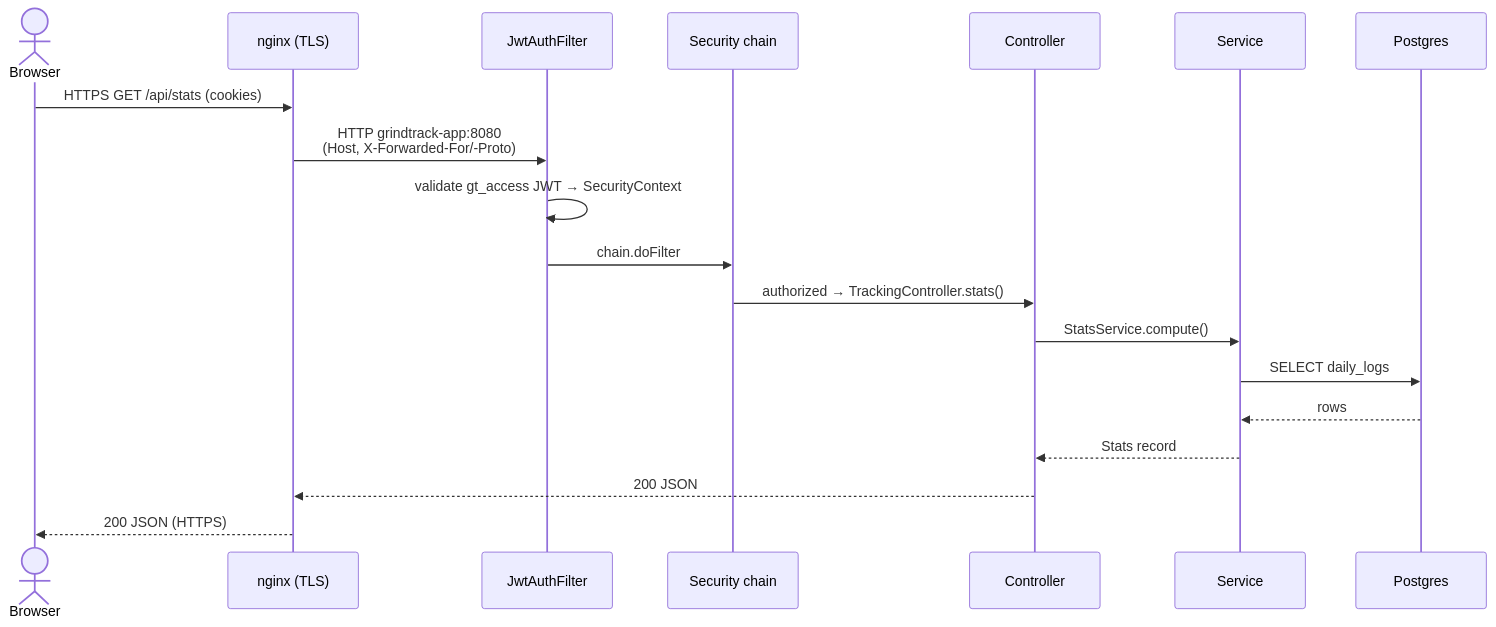
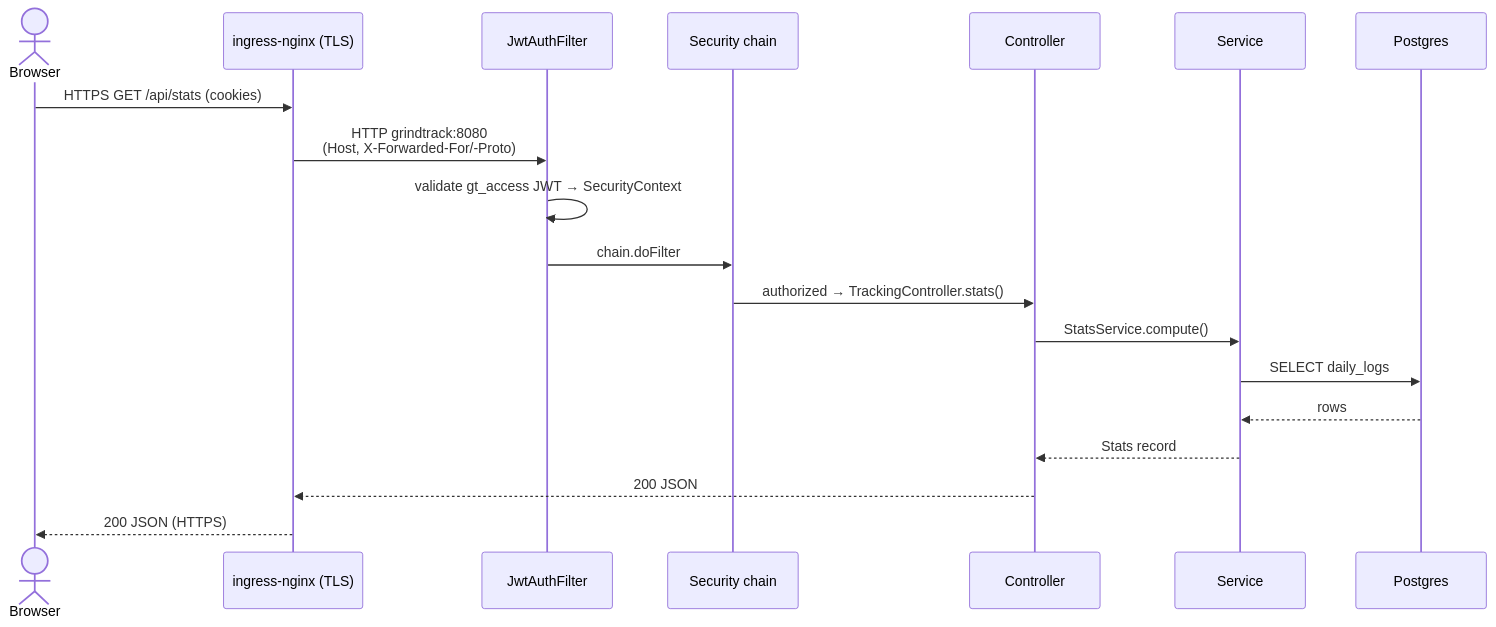
One commit to caseythecoder90/grindtrack changed the diagram in gt2/docs/architecture.md. Above: the diagram before and after it, drawn with Mermaid. The commit also changed other lines of this file and 18 other files, not shown here.

````diff
--- a/gt2/docs/architecture.md
+++ b/gt2/docs/architecture.md
@@ -43,21 +44,21 @@
 ```mermaid
 sequenceDiagram
     actor B as Browser
-    participant N as nginx (TLS)
+    participant N as ingress-nginx (TLS)
     participant F as JwtAuthFilter
     participant SEC as Security chain
     participant C as Controller
     participant S as Service
     participant DB as Postgres
     B->>N: HTTPS GET /api/stats (cookies)
-    N->>F: HTTP grindtrack-app:8080<br/>(Host, X-Forwarded-For/-Proto)
+    N->>F: HTTP grindtrack:8080<br/>(Host, X-Forwarded-For/-Proto)
     F->>F: validate gt_access JWT → SecurityContext
     F->>SEC: chain.doFilter
     SEC->>C: authorized → TrackingController.stats()
     C->>S: StatsService.compute()
     S->>DB: SELECT daily_logs
     DB-->>S: rows
     S-->>C: Stats record
     C-->>N: 200 JSON
     N-->>B: 200 JSON (HTTPS)
 ```
````
